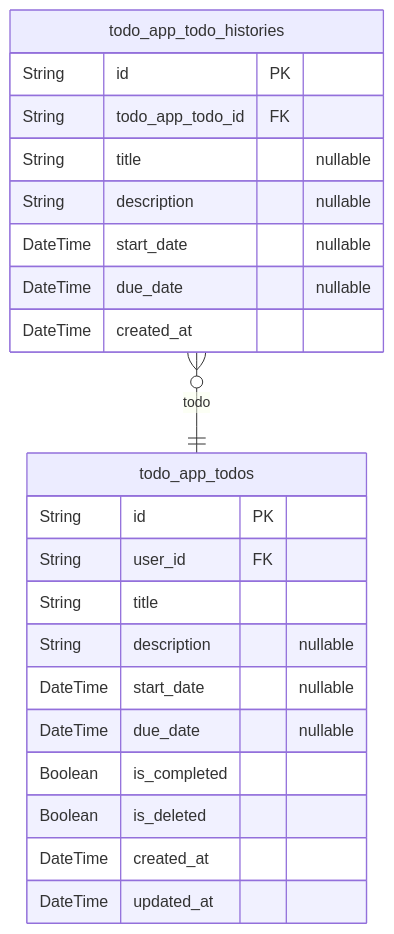
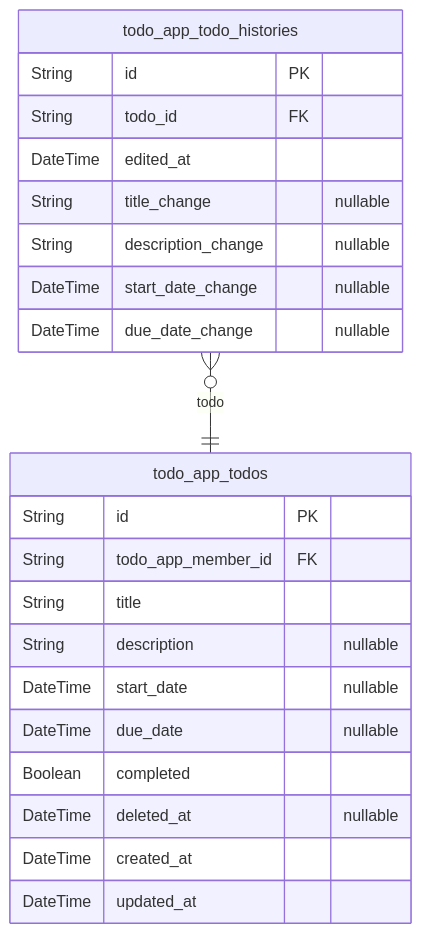
One commit to wrtnlabs/autobe-examples changed the second of 2 diagrams in z-ai/glm-5/todo/docs/ERD.md. Above: the diagram before and after it, drawn with Mermaid. The commit also changed other lines of this file and 17098 other files, not shown here.

````diff
--- a/z-ai/glm-5/todo/docs/ERD.md
+++ b/z-ai/glm-5/todo/docs/ERD.md
@@ -127,25 +175,25 @@
 ```mermaid
 erDiagram
 "todo_app_todos" {
   String id PK
-  String user_id FK
+  String todo_app_member_id FK
   String title
   String description "nullable"
   DateTime start_date "nullable"
   DateTime due_date "nullable"
-  Boolean is_completed
-  Boolean is_deleted
+  Boolean completed
+  DateTime deleted_at "nullable"
   DateTime created_at
   DateTime updated_at
 }
 "todo_app_todo_histories" {
   String id PK
-  String todo_app_todo_id FK
-  String title "nullable"
-  String description "nullable"
-  DateTime start_date "nullable"
-  DateTime due_date "nullable"
-  DateTime created_at
+  String todo_id FK
+  DateTime edited_at
+  String title_change "nullable"
+  String description_change "nullable"
+  DateTime start_date_change "nullable"
+  DateTime due_date_change "nullable"
 }
 "todo_app_todo_histories" }o--|| "todo_app_todos" : todo
 ```
````
